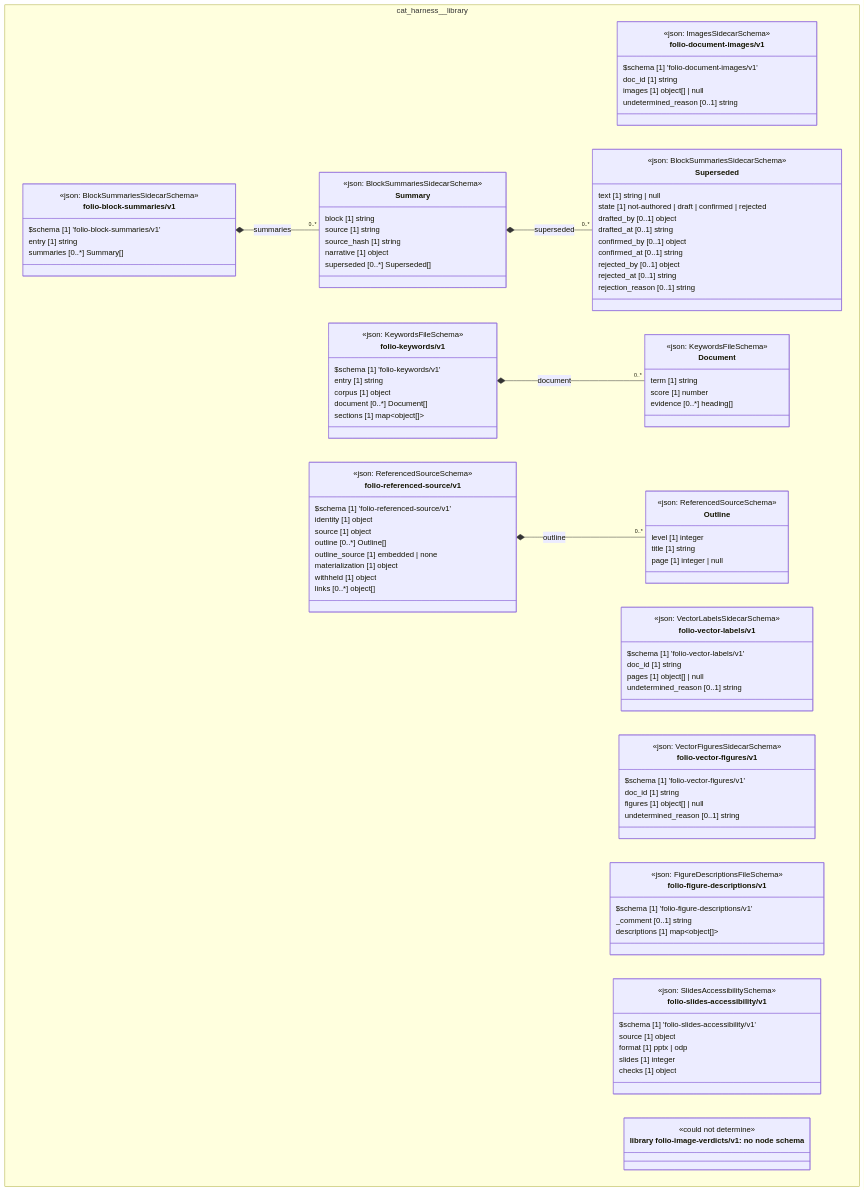
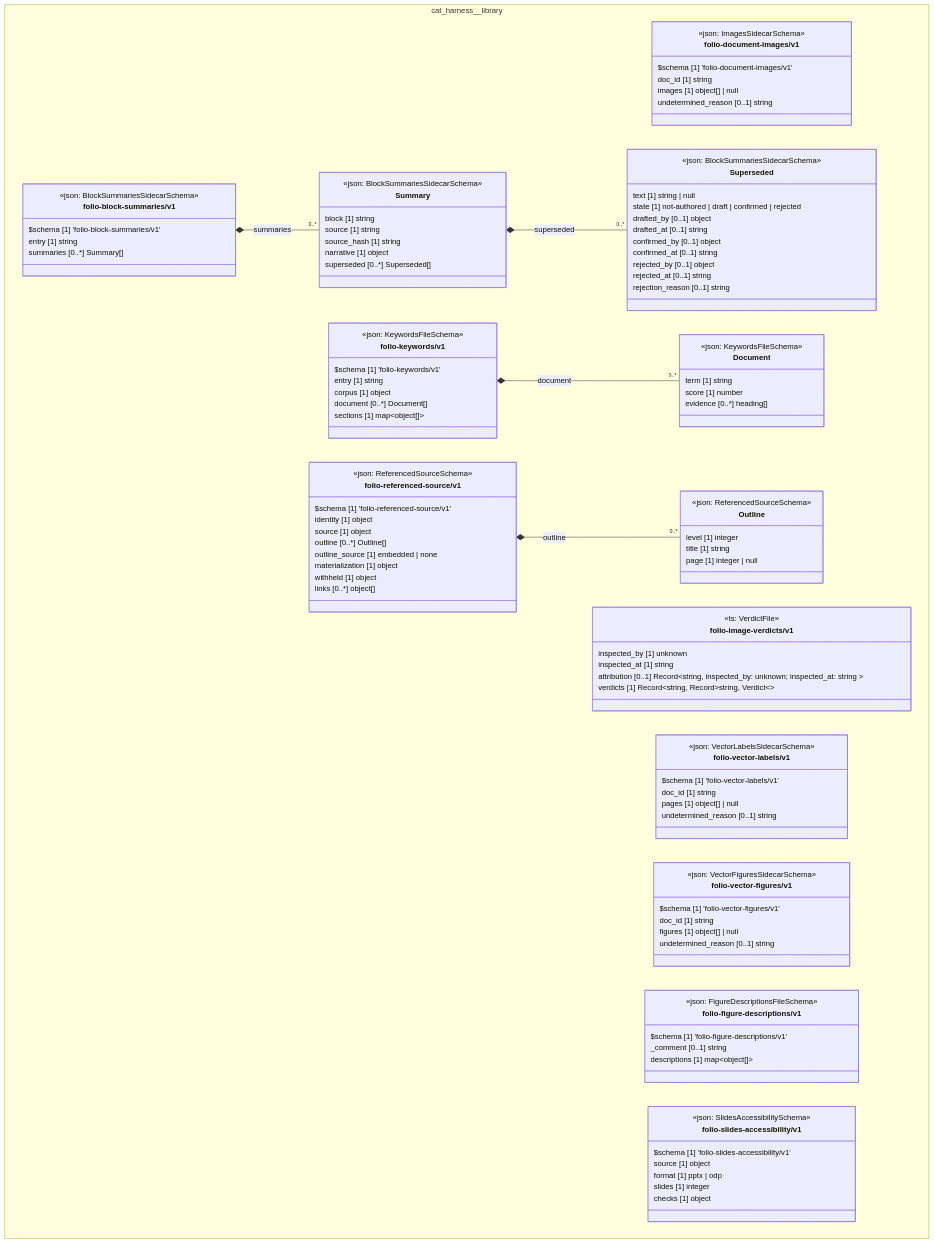
Before and after one commit to litlfred/cat-harness: the diagram in docs/uml/overview/cat-harness/library.md, drawn with Mermaid. The commit also changed other lines of this file and 404 other files, not shown here.

````diff
--- a/docs/uml/overview/cat-harness/library.md
+++ b/docs/uml/overview/cat-harness/library.md
@@ -54,6 +54,13 @@
       doc_id [1] string
       images [1] object[] | null
       undetermined_reason [0..1] string
+    }
+    class cat_harness_library_folio_image_verdicts_v1["folio-image-verdicts/v1"] {
+      <<ts: VerdictFile>>
+      inspected_by [1] unknown
+      inspected_at [1] string
+      attribution [0..1] Record~string,  inspected_by: unknown; inspected_at: string ~
+      verdicts [1] Record~string, Record~string, Verdict~~
     }
     class cat_harness_library_folio_vector_labels_v1_folio_vector_labels_v1["folio-vector-labels/v1"] {
       <<json: VectorLabelsSidecarSchema>>
@@ -140,15 +147,13 @@
       withheld [1] object
       links [0..*] object[]
     }
-    class n_cat_harness_library_library_folio_image_verdicts_v1["library folio-image-verdicts/v1: no node schema"] {
-      <<could not determine>>
-    }
   }
   cat_harness_library_folio_block_summaries_v1_Summary *-- "0..*" cat_harness_library_folio_block_summaries_v1_Superseded : superseded
   cat_harness_library_folio_block_summaries_v1_folio_block_summaries_v1 *-- "0..*" cat_harness_library_folio_block_summaries_v1_Summary : summaries
   cat_harness_library_folio_keywords_v1_folio_keywords_v1 *-- "0..*" cat_harness_library_folio_keywords_v1_Document : document
   cat_harness_library_folio_referenced_source_v1_folio_referenced_source_v1 *-- "0..*" cat_harness_library_folio_referenced_source_v1_Outline : outline
   cssClass "cat_harness_library_folio_document_images_v1_folio_document_images_v1" fa_uml_kind_library
+  cssClass "cat_harness_library_folio_image_verdicts_v1" fa_uml_kind_library
   cssClass "cat_harness_library_folio_vector_labels_v1_folio_vector_labels_v1" fa_uml_kind_library
   cssClass "cat_harness_library_folio_vector_figures_v1_folio_vector_figures_v1" fa_uml_kind_library
   cssClass "cat_harness_library_folio_figure_descriptions_v1_folio_figure_descriptions_v1" fa_uml_kind_library
@@ -160,6 +165,4 @@
   cssClass "cat_harness_library_folio_slides_accessibility_v1_folio_slides_accessibility_v1" fa_uml_kind_library
   cssClass "cat_harness_library_folio_referenced_source_v1_Outline" fa_uml_kind_library
   cssClass "cat_harness_library_folio_referenced_source_v1_folio_referenced_source_v1" fa_uml_kind_library
-  cssClass "n_cat_harness_library_library_folio_image_verdicts_v1" fa_uml_kind_library_folio_image_verdicts_v1
-  cssClass "n_cat_harness_library_library_folio_image_verdicts_v1" fa_uml_undetermined
 ```
````
